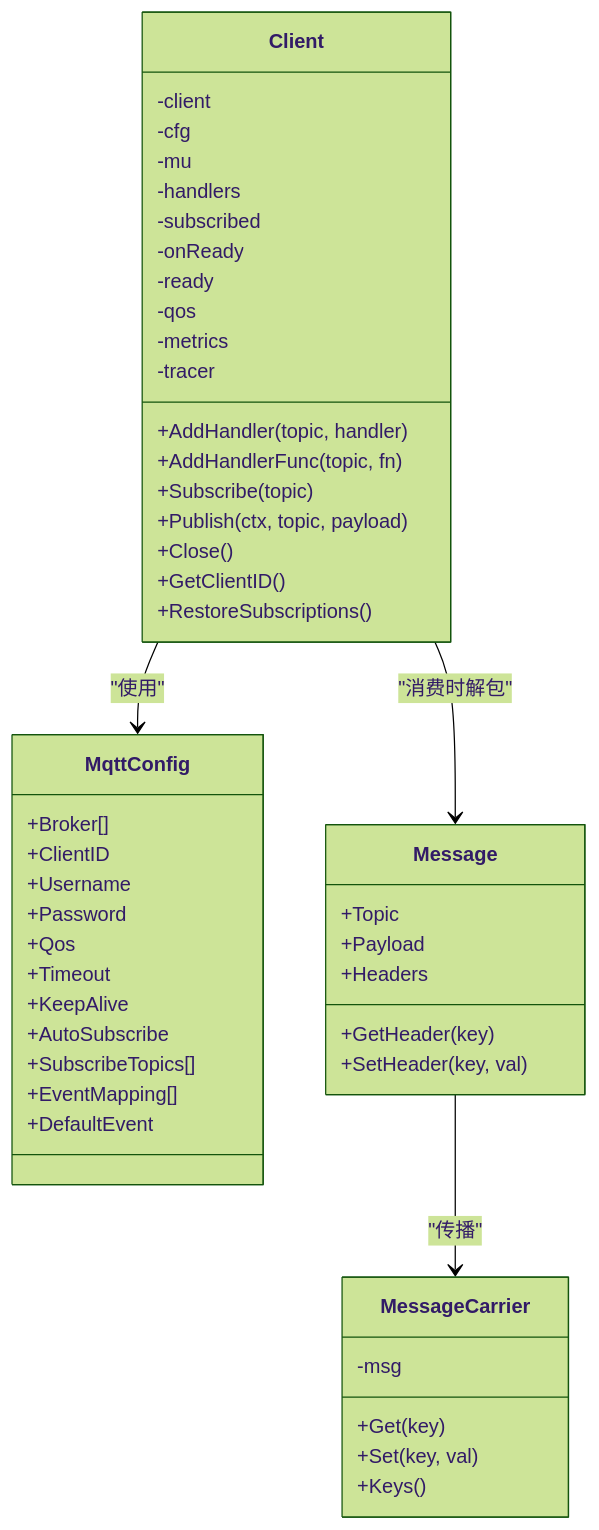
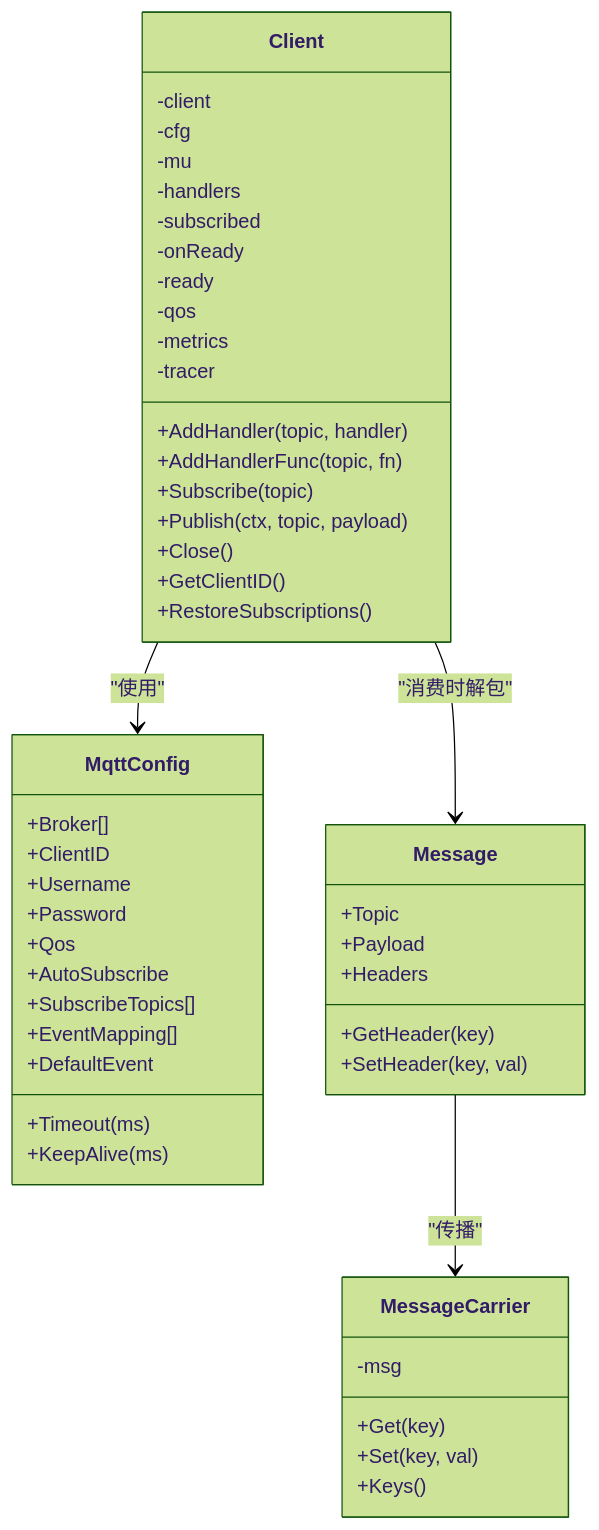
One commit to maomao94/zero-service changed the third of 7 diagrams in .qoder/repowiki/zh/content/核心服务详解/MQTT 协议桥接服务/MQTT 客户端管理.md. Above: the diagram before and after it, drawn with Mermaid (forest theme). The commit also changed other lines of this file and 59 other files, not shown here.

````diff
--- a/.qoder/repowiki/zh/content/核心服务详解/MQTT 协议桥接服务/MQTT 客户端管理.md
+++ b/.qoder/repowiki/zh/content/核心服务详解/MQTT 协议桥接服务/MQTT 客户端管理.md
@@ -156,51 +173,51 @@
 ```mermaid
 classDiagram
 class Client {
 -client
 -cfg
 -mu
 -handlers
 -subscribed
 -onReady
 -ready
 -qos
 -metrics
 -tracer
 +AddHandler(topic, handler)
 +AddHandlerFunc(topic, fn)
 +Subscribe(topic)
 +Publish(ctx, topic, payload)
 +Close()
 +GetClientID()
 +RestoreSubscriptions()
 }
 class MqttConfig {
 +Broker[]
 +ClientID
 +Username
 +Password
 +Qos
-+Timeout
-+KeepAlive
++Timeout(ms)
++KeepAlive(ms)
 +AutoSubscribe
 +SubscribeTopics[]
 +EventMapping[]
 +DefaultEvent
 }
 class Message {
 +Topic
 +Payload
 +Headers
 +GetHeader(key)
 +SetHeader(key, val)
 }
 class MessageCarrier {
 -msg
 +Get(key)
 +Set(key, val)
 +Keys()
 }
 Client --> MqttConfig : "使用"
 Client --> Message : "消费时解包"
 Message --> MessageCarrier : "传播"
 ```
````
